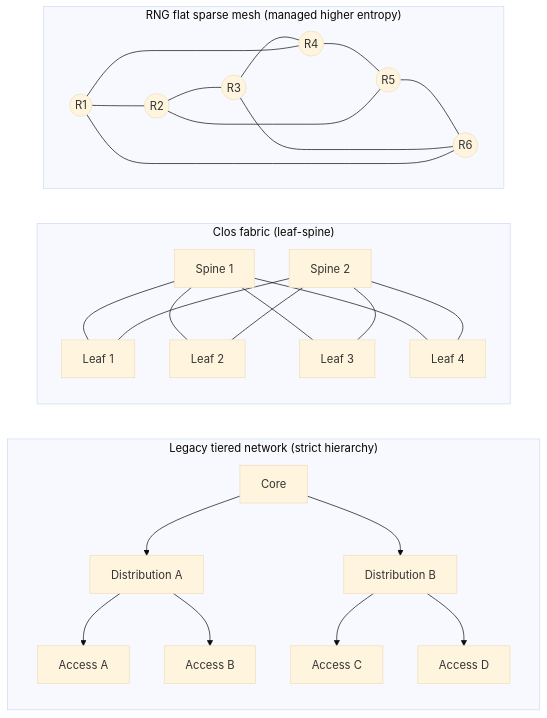
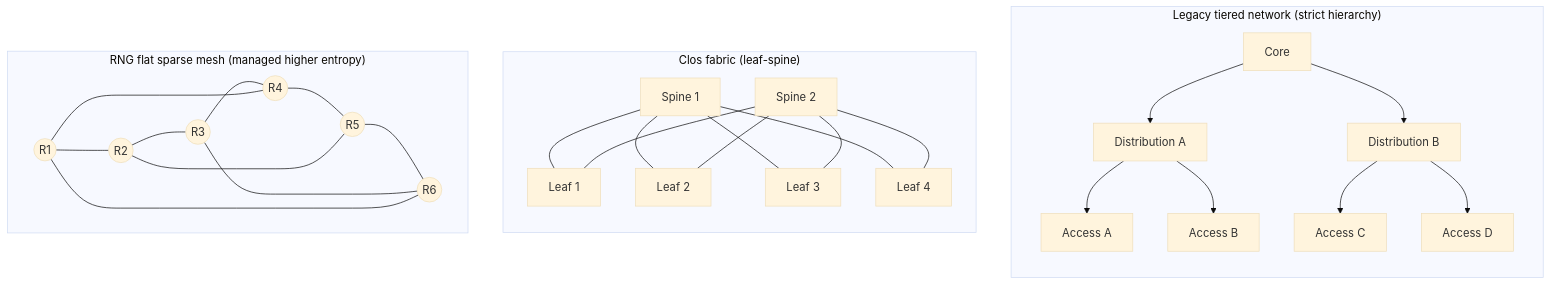
One commit to simonpainter/www.simonpainter.com changed the diagram in blog/aws-random-graph-fabrics.md. Above: the diagram before and after it, drawn with Mermaid (base theme).

Commit message:
Reorder topology diagrams chronologically

````diff
--- a/blog/aws-random-graph-fabrics.md
+++ b/blog/aws-random-graph-fabrics.md
@@ -66,50 +66,50 @@
 ```mermaid
-flowchart LR
+flowchart TB
     subgraph L["Legacy tiered network (strict hierarchy)"]
         direction TB
         L1[Core]
         L2a[Distribution A]
         L2b[Distribution B]
         L3a[Access A]
         L3b[Access B]
         L3c[Access C]
         L3d[Access D]
         L1 --> L2a
         L1 --> L2b
         L2a --> L3a
         L2a --> L3b
         L2b --> L3c
         L2b --> L3d
     end
 
     subgraph C["Clos fabric (leaf-spine)"]
         direction TB
         C1a[Spine 1]
         C1b[Spine 2]
         C2a[Leaf 1]
         C2b[Leaf 2]
         C2c[Leaf 3]
         C2d[Leaf 4]
         C1a --- C2a
         C1a --- C2b
         C1a --- C2c
         C1a --- C2d
         C1b --- C2a
         C1b --- C2b
         C1b --- C2c
         C1b --- C2d
     end
 
     subgraph R["RNG flat sparse mesh (managed higher entropy)"]
         direction LR
         R1((R1)) --- R2((R2))
         R2 --- R3((R3))
         R3 --- R4((R4))
         R4 --- R5((R5))
         R5 --- R6((R6))
         R6 --- R1
         R1 --- R4
         R2 --- R5
         R3 --- R6
     end
 ```
````
